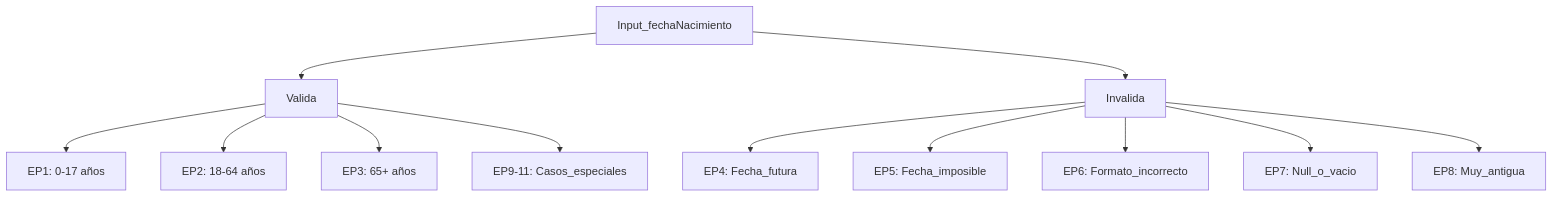
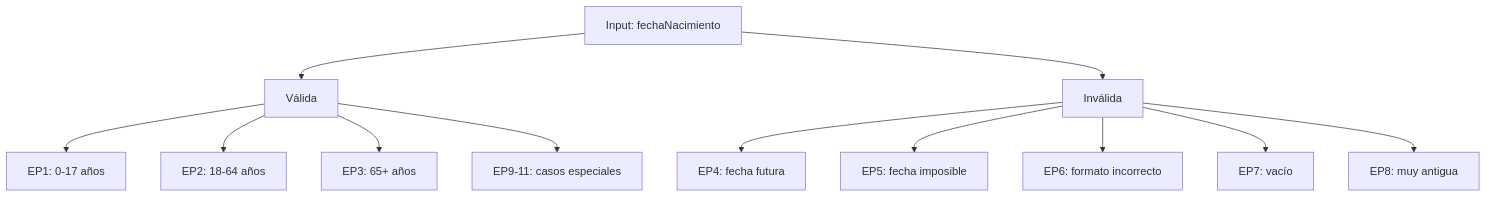
The fourth of 7 diagrams in parte1-pensar-como-qa/02-diseno-de-tests.md (joshuacba08/qa-engineering-book), drawn with Mermaid before and after one commit. The commit also changed other lines of this file and 1 other file, not shown here.

````diff
--- a/parte1-pensar-como-qa/02-diseno-de-tests.md
+++ b/parte1-pensar-como-qa/02-diseno-de-tests.md
@@ -304,14 +354,14 @@
 ```mermaid
 graph TD
-    A[Input_fechaNacimiento] --> B[Valida]
-    A --> C[Invalida]
+    A[Input: fechaNacimiento] --> B[Válida]
+    A --> C[Inválida]
     B --> D[EP1: 0-17 años]
     B --> E[EP2: 18-64 años]
     B --> F[EP3: 65+ años]
-    C --> G[EP4: Fecha_futura]
-    C --> H[EP5: Fecha_imposible]
-    C --> I[EP6: Formato_incorrecto]
-    C --> J[EP7: Null_o_vacio]
-    C --> K[EP8: Muy_antigua]
-    B --> L[EP9-11: Casos_especiales]
+    B --> L[EP9-11: casos especiales]
+    C --> G[EP4: fecha futura]
+    C --> H[EP5: fecha imposible]
+    C --> I[EP6: formato incorrecto]
+    C --> J[EP7: vacío]
+    C --> K[EP8: muy antigua]
 ```
````
